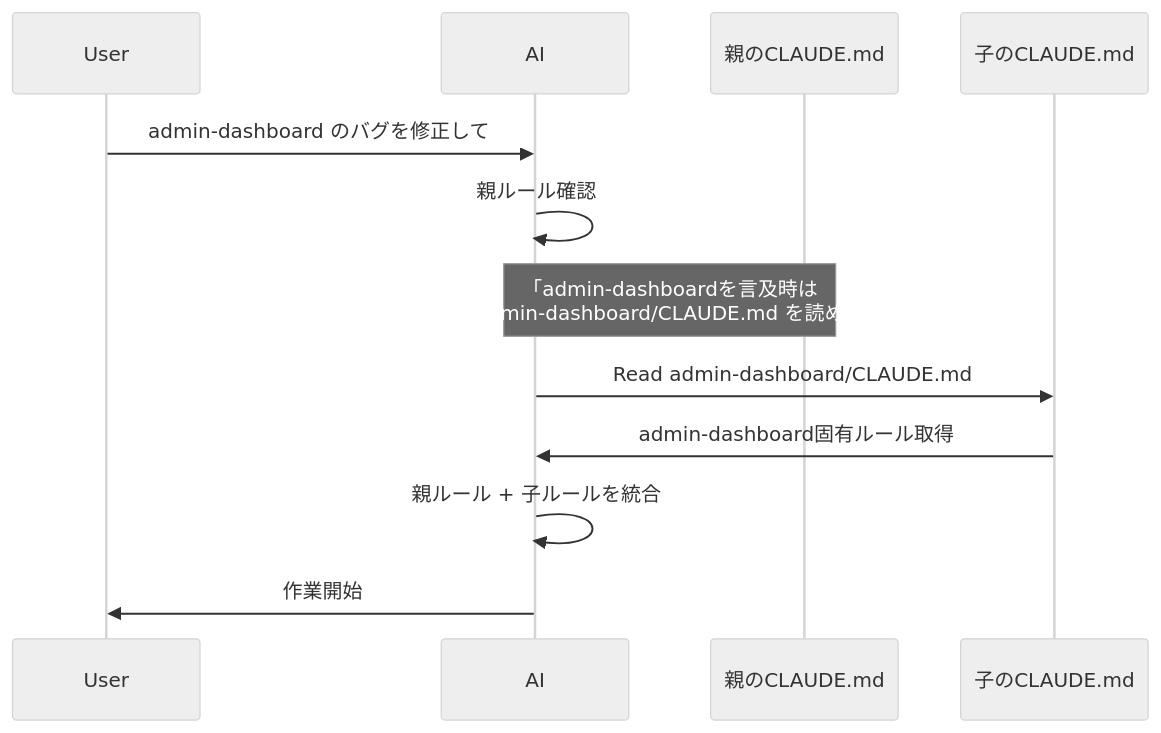
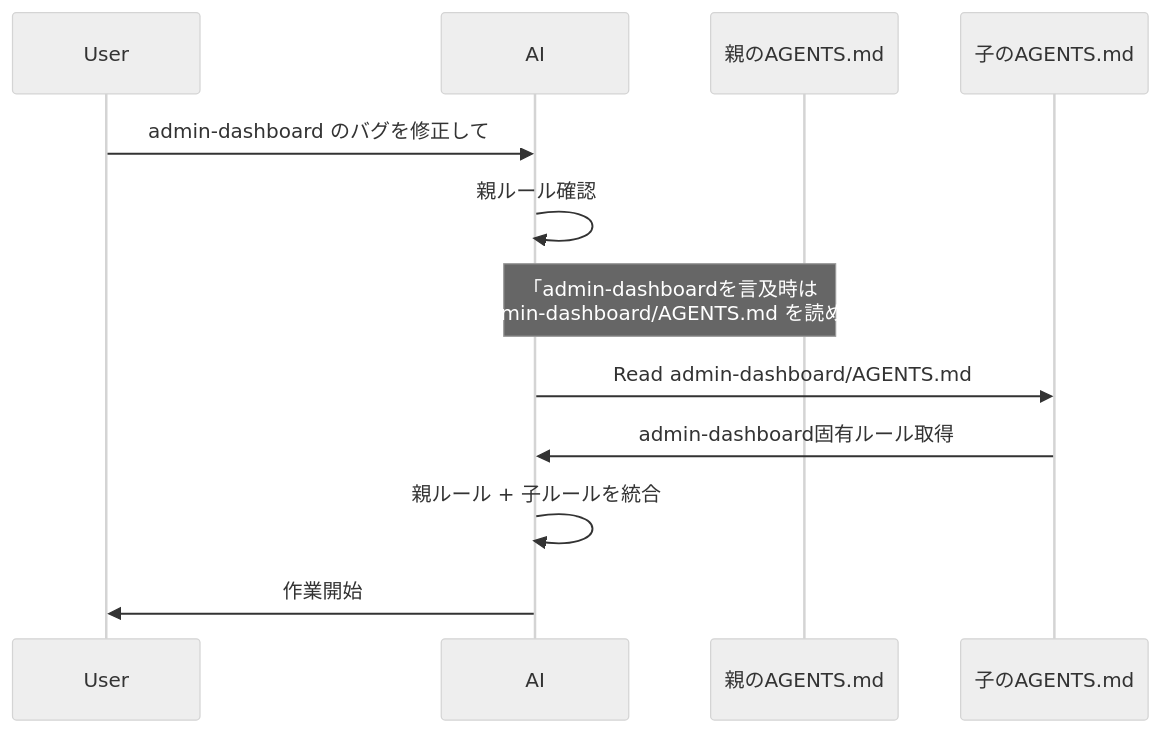
Before and after one commit to taka-123/ai-knowledge-rulebook: the diagram in notes/topics/zenn-article-draft.md, drawn with Mermaid (neutral theme). The commit also changed other lines of this file, not shown here.

````diff
--- a/notes/topics/zenn-article-draft.md
+++ b/notes/topics/zenn-article-draft.md
@@ -164,15 +171,15 @@
 ```mermaid
 sequenceDiagram
     participant User
     participant AI
-    participant Parent as 親のCLAUDE.md
-    participant Child as 子のCLAUDE.md
+    participant Parent as 親のAGENTS.md
+    participant Child as 子のAGENTS.md
 
     User->>AI: admin-dashboard のバグを修正して
     AI->>AI: 親ルール確認
-    Note over AI,Parent: 「admin-dashboardを言及時は<br/>admin-dashboard/CLAUDE.md を読め」
-    AI->>Child: Read admin-dashboard/CLAUDE.md
+    Note over AI,Parent: 「admin-dashboardを言及時は<br/>admin-dashboard/AGENTS.md を読め」
+    AI->>Child: Read admin-dashboard/AGENTS.md
     Child->>AI: admin-dashboard固有ルール取得
     AI->>AI: 親ルール + 子ルールを統合
     AI->>User: 作業開始
 ```
````
